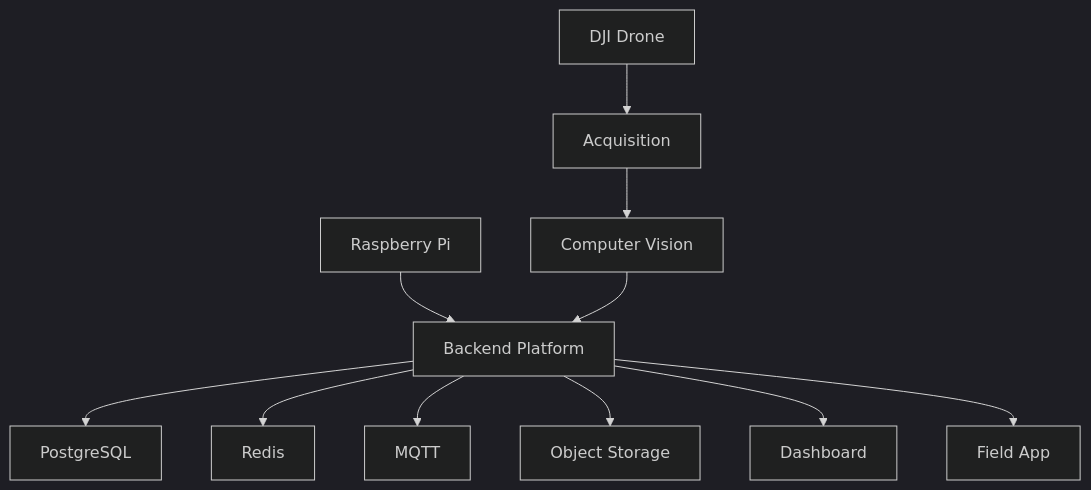
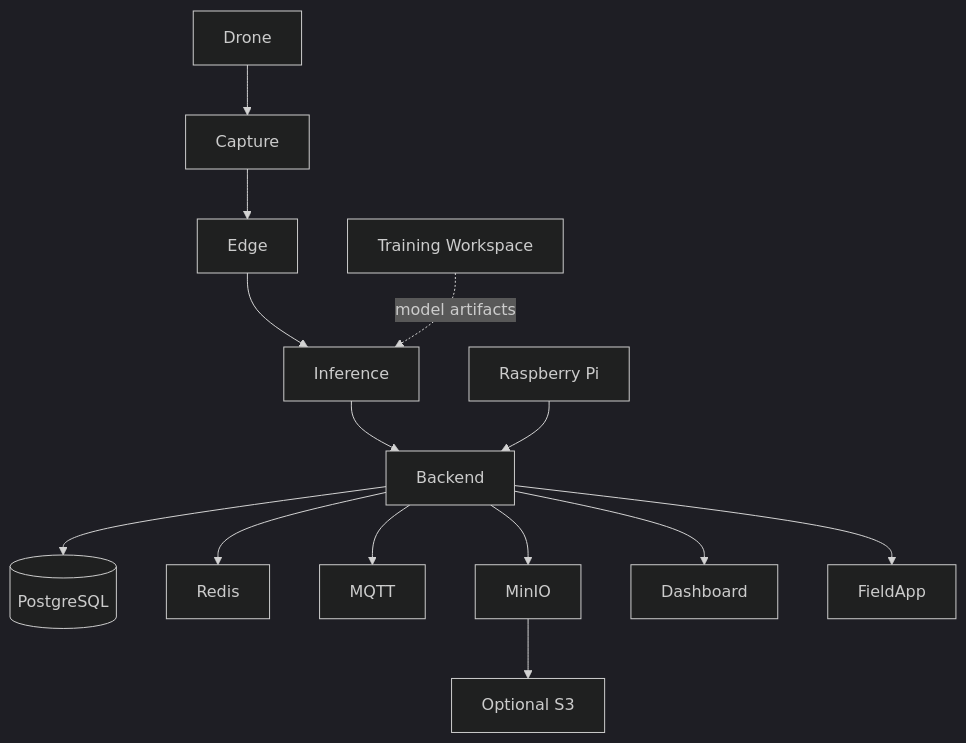
One commit to KevinT31/AgroLens-Showcase changed the diagram in docs/ARCHITECTURE.md. Above: the diagram before and after it, drawn with Mermaid (dark theme). The commit also changed other lines of this file, not shown here.

Commit message:
docs: expand field and AI architecture

````diff
--- a/docs/ARCHITECTURE.md
+++ b/docs/ARCHITECTURE.md
@@ -14,15 +34,19 @@
 ```mermaid
 flowchart TB
-    Drone[DJI Drone] --> Acquire[Acquisition]
-    Acquire --> Vision[Computer Vision]
-    Station[Raspberry Pi] --> Platform[Backend Platform]
-    Vision --> Platform
+    Drone --> Capture
+    Capture --> Edge
+    Edge --> Inference
+    Training[Training Workspace] -. model artifacts .-> Inference
 
-    Platform --> DB[PostgreSQL]
-    Platform --> Redis[Redis]
-    Platform --> MQTT[MQTT]
-    Platform --> Store[Object Storage]
+    Inference --> Backend
+    Pi[Raspberry Pi] --> Backend
 
-    Platform --> Web[Dashboard]
-    Platform --> Mobile[Field App]
+    Backend --> Postgres[(PostgreSQL)]
+    Backend --> Redis
+    Backend --> MQTT
+    Backend --> MinIO
+
+    Backend --> Dashboard
+    Backend --> FieldApp
+    MinIO --> S3[Optional S3]
 ```
````
